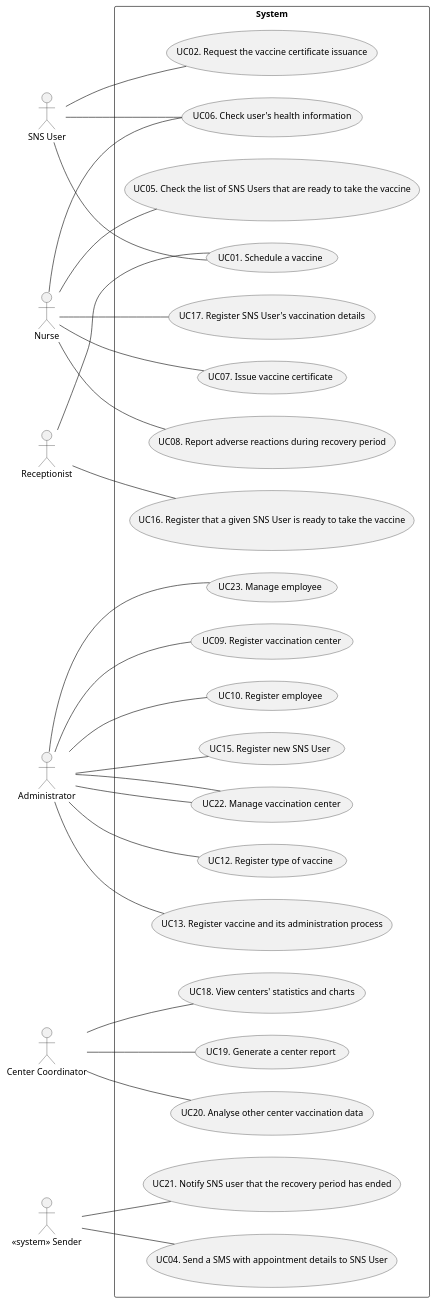
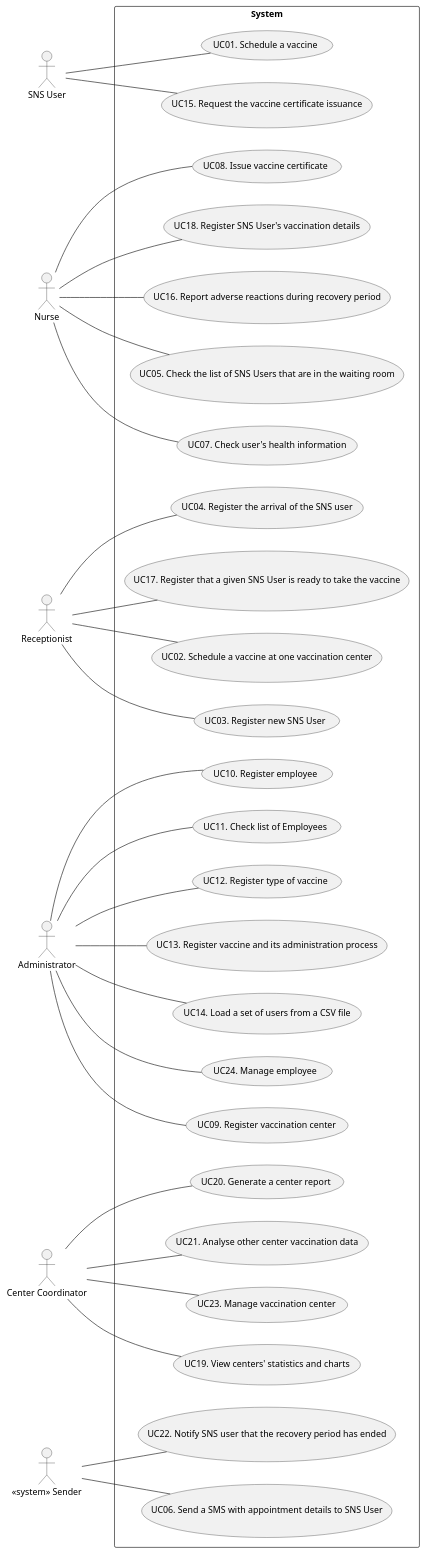
Before and after one commit to miseEnPlace-i/lapr2: the diagram in docs/SprintC/UCD.puml, drawn with PlantUML. The commit also changed 1 other file, not shown here.

```diff
--- a/docs/SprintC/UCD.puml
+++ b/docs/SprintC/UCD.puml
@@ -1,60 +1,66 @@
 @startuml UCD
 
 left to right direction
 
 actor "SNS User" as user
 actor "Nurse" as nurse
 actor "Receptionist" as recept
 actor "Administrator" as admin
 actor "Center Coordinator" as coordinator
 actor "<< system >> Sender" as system
 
 rectangle System {
   usecase "UC01. Schedule a vaccine" as UC01
-  usecase "UC02. Request the vaccine certificate issuance" as UC02
-  usecase "UC15. Register new SNS User" as UC20
-  usecase "UC04. Send a SMS with appointment details to SNS User" as UC03
-  usecase "UC05. Check the list of SNS Users that are ready to take the vaccine" as UC05
-  usecase "UC06. Check user's health information" as UC06
-  usecase "UC07. Issue vaccine certificate" as UC07
-  usecase "UC08. Report adverse reactions during recovery period" as UC08
-  usecase "UC09. Register vaccination center" as UC18
-  usecase "UC10. Register employee" as UC19 
-  usecase "UC11. Check list of Employees" as UC22
-  usecase "UC12. Register type of vaccine" as UC16
-  usecase "UC13. Register vaccine and its administration process" as UC17
-  usecase "UC16. Register that a given SNS User is ready to take the vaccine" as UC12
-  usecase "UC17. Register SNS User's vaccination details" as UC09
-  usecase "UC18. View centers' statistics and charts" as UC13
-  usecase "UC19. Generate a center report" as UC14
-  usecase "UC20. Analyse other center vaccination data" as UC15
-  usecase "UC21. Notify SNS user that the recovery period has ended" as UC21
-  usecase "UC22. Manage vaccination center" as UC22
-  usecase "UC23. Manage employee" as UC23
+  usecase "UC02. Schedule a vaccine at one vaccination center" as UC02
+  usecase "UC03. Register new SNS User" as UC03
+  usecase "UC04. Register the arrival of the SNS user" as UC04
+  usecase "UC05. Check the list of SNS Users that are in the waiting room" as UC05
+  usecase "UC06. Send a SMS with appointment details to SNS User" as UC06
+  usecase "UC07. Check user's health information" as UC07
+  usecase "UC08. Issue vaccine certificate" as UC08
+  usecase "UC09. Register vaccination center" as UC09
+  usecase "UC10. Register employee" as UC10
+  usecase "UC11. Check list of Employees" as UC11
+  usecase "UC12. Register type of vaccine" as UC12
+  usecase "UC13. Register vaccine and its administration process" as UC13
+  usecase "UC14. Load a set of users from a CSV file" as UC14
+  usecase "UC15. Request the vaccine certificate issuance" as UC15
+  usecase "UC16. Report adverse reactions during recovery period" as UC16
+  usecase "UC17. Register that a given SNS User is ready to take the vaccine" as UC17
+  usecase "UC18. Register SNS User's vaccination details" as UC18
+  usecase "UC19. View centers' statistics and charts" as UC19
+  usecase "UC20. Generate a center report" as UC20
+  usecase "UC21. Analyse other center vaccination data" as UC21
+  usecase "UC22. Notify SNS user that the recovery period has ended" as UC22
+  usecase "UC23. Manage vaccination center" as UC23
+  usecase "UC24. Manage employee" as UC24
 }
 
 user -- UC01
-user -- UC02
-user -- UC06
-system -- UC03
-recept -- UC01
+recept -- UC02
+recept -- UC03
+recept -- UC04
 nurse -- UC05
-nurse -- UC06
+system -- UC06
 nurse -- UC07
 nurse -- UC08
-nurse -- UC09
-recept -- UC12
-coordinator -- UC13
-coordinator -- UC14
-coordinator -- UC15
-admin -- UC16
-admin -- UC17
-admin -- UC18
-admin -- UC19
-admin -- UC22
-admin -- UC20
-system -- UC21
-admin -- UC22
-admin -- UC23
+admin -- UC09
+admin -- UC10
+admin -- UC11
+admin -- UC12
+admin -- UC13
+admin -- UC14
+user -- UC15
+nurse -- UC16
+recept -- UC17
+nurse -- UC18
+coordinator -- UC19
+coordinator -- UC20
+coordinator -- UC21
+system -- UC22
+coordinator -- UC23
+admin -- UC24
+
+
 
 @enduml
```
